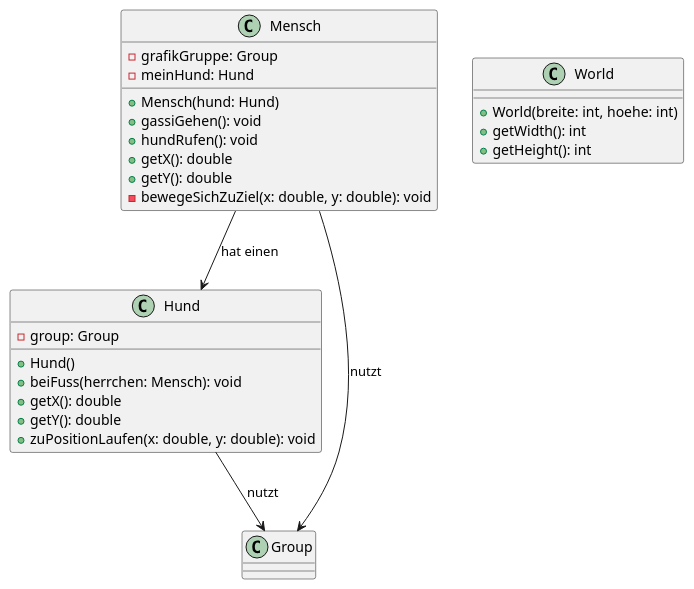
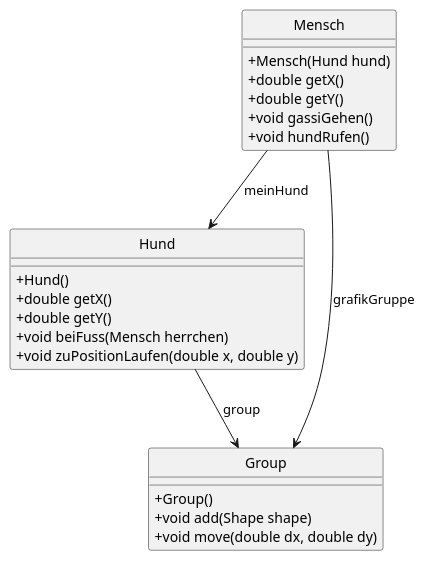
The diagram in README.md (Blockly2Java/Gassi_template), drawn with PlantUML before and after one commit. The commit also changed other lines of this file, not shown here.

Commit message:
Update README.md: refine class diagram for Mensch and Hund, adding method signatures and removing unnecessary details

````diff
--- a/README.md
+++ b/README.md
@@ -13,33 +14,32 @@
-```plantuml
 @startuml Gassi Klassendiagramm
+
+skinparam classAttributeIconSize 0
+hide circle
+hide empty methods
+
 class Mensch {
-    - grafikGruppe: Group
-    - meinHund: Hund
-    + Mensch(hund: Hund)
-    + gassiGehen(): void
-    + hundRufen(): void
-    + getX(): double
-    + getY(): double
-    - bewegeSichZuZiel(x: double, y: double): void
+    + Mensch(Hund hund)
+    + double getX()
+    + double getY()
+    + void gassiGehen()
+    + void hundRufen()
 }
 
 class Hund {
-    - group: Group
     + Hund()
-    + beiFuss(herrchen: Mensch): void
-    + getX(): double
-    + getY(): double
-    + zuPositionLaufen(x: double, y: double): void
+    + double getX()
+    + double getY()
+    + void beiFuss(Mensch herrchen)
+    + void zuPositionLaufen(double x, double y)
 }
 
-class World {
-    + World(breite: int, hoehe: int)
-    + getWidth(): int
-    + getHeight(): int
+class Group {
+    + Group()
+    + void add(Shape shape)
+    + void move(double dx, double dy)
 }
 
-Mensch --> Hund : hat einen
-Mensch --> Group : nutzt
-Hund --> Group : nutzt
+Mensch --> Hund : meinHund
+Mensch --> Group : grafikGruppe
+Hund --> Group : group
 @enduml
-```
````
